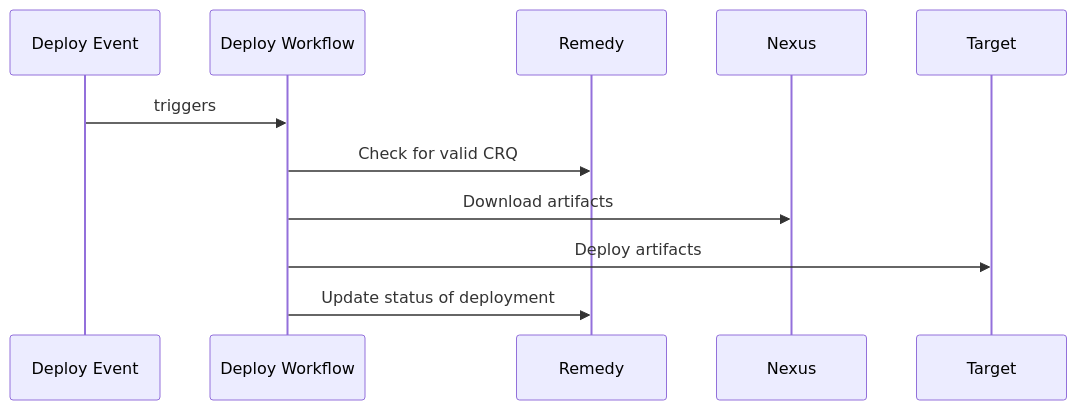
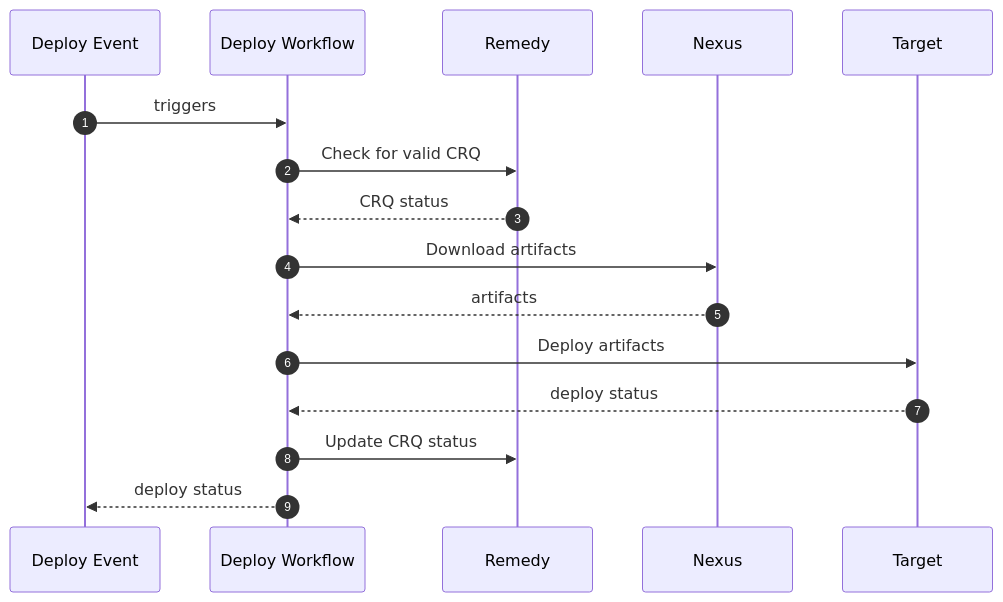
One commit to devarab1/Diagrams changed the third of 4 diagrams in README.md. Above: the diagram before and after it, drawn with Mermaid. The commit also changed other lines of this file, not shown here.

````diff
--- a/README.md
+++ b/README.md
@@ -38,14 +43,19 @@
 ```mermaid
 sequenceDiagram
+    autonumber
     participant Deploy Event
     participant Deploy Workflow
     participant Remedy
     participant Nexus
     participant Target
 
     Deploy Event->>Deploy Workflow: triggers
     Deploy Workflow->>Remedy: Check for valid CRQ
+    Remedy-->>Deploy Workflow: CRQ status
     Deploy Workflow->>Nexus: Download artifacts
+    Nexus-->>Deploy Workflow: artifacts
     Deploy Workflow->>Target: Deploy artifacts
-    Deploy Workflow->>Remedy: Update status of deployment
+    Target-->>Deploy Workflow: deploy status
+    Deploy Workflow->>Remedy: Update CRQ status
+    Deploy Workflow-->>Deploy Event: deploy status
 ```
````
